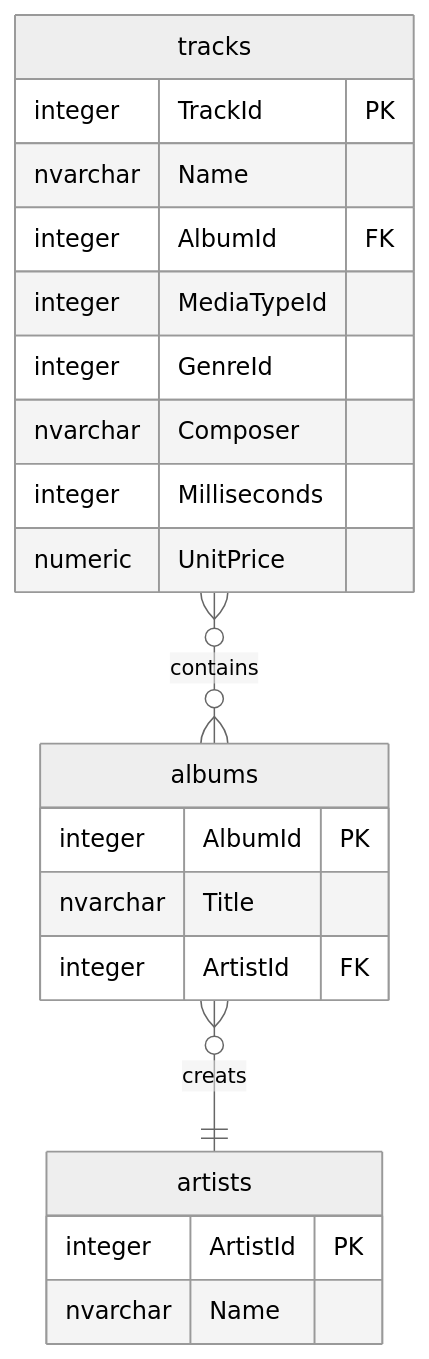
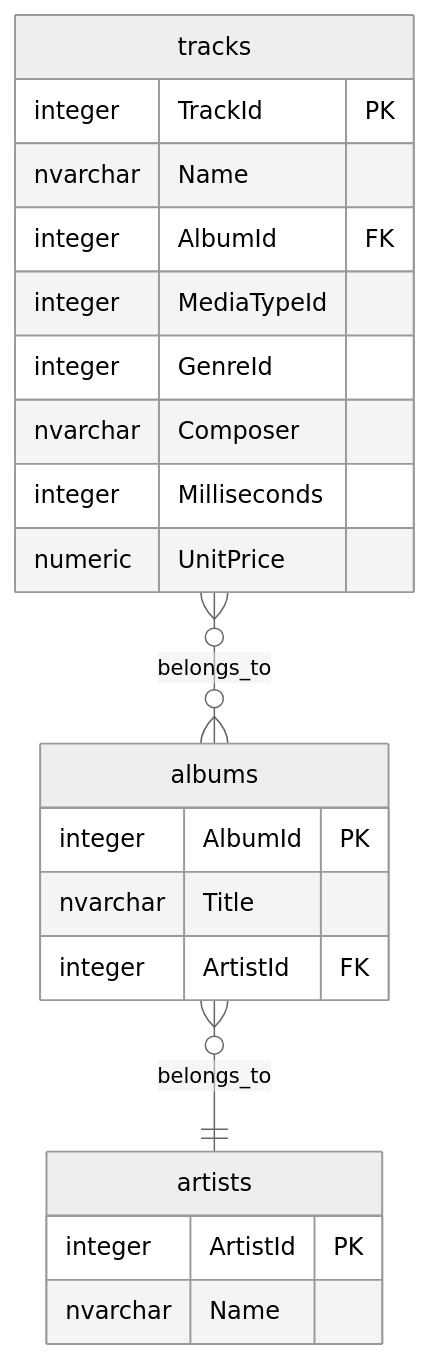
The third of 3 diagrams in database/contents/adv_sql/practice.md (zi-ang-liu/jb-database), drawn with Mermaid (neutral theme) before and after one commit.

````diff
--- a/database/contents/adv_sql/practice.md
+++ b/database/contents/adv_sql/practice.md
@@ -148,24 +148,24 @@
 ```{mermaid}
 erDiagram
-   tracks }o--o{ albums : contains
    tracks {
       integer TrackId PK
       nvarchar Name
       integer AlbumId FK
       integer MediaTypeId
       integer GenreId
       nvarchar Composer
       integer Milliseconds
       numeric UnitPrice
    }
-   albums }o--|| artists : creats
    albums {
       integer AlbumId PK
       nvarchar Title
       integer ArtistId FK
    }
    artists {
       integer ArtistId PK
       nvarchar Name
    }
+   tracks }o--o{ albums : belongs_to
+   albums }o--|| artists : belongs_to
 ```
````
